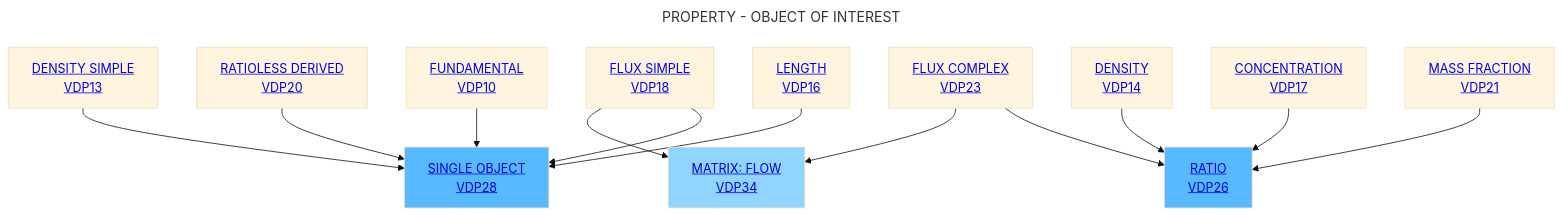
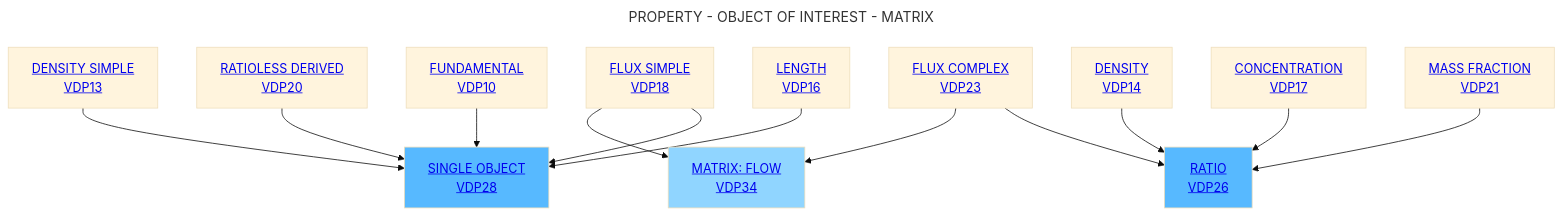
One commit to mabablue/I-ADOPT-patterns-playground changed the diagram in Decisition_trees/DT6.mmd. Above: the diagram before and after it, drawn with Mermaid (base theme).

```diff
--- a/Decisition_trees/DT6.mmd
+++ b/Decisition_trees/DT6.mmd
@@ -1,18 +1,18 @@
 ---
-title: PROPERTY - OBJECT OF INTEREST
+title: PROPERTY - OBJECT OF INTEREST - MATRIX
 ---
 flowchart TD
     A[<a href='https://github.com/mabablue/I-ADOPT-patterns-playground/blob/main/pattern/VDP16.yaml'>LENGTH <br> VDP16</a>] --> C[<a href='https://github.com/mabablue/I-ADOPT-patterns-playground/blob/main/pattern/VDP28.yaml'>SINGLE OBJECT <br> VDP28</a>]:::satblue
     B[<a href='https://github.com/mabablue/I-ADOPT-patterns-playground/blob/main/pattern/VDP10.yaml'>FUNDAMENTAL <br> VDP10</a>]  --> C
     D[<a href='https://github.com/mabablue/I-ADOPT-patterns-playground/blob/main/pattern/VDP20.yaml'>RATIOLESS DERIVED <br> VDP20</a>] --> C
     L[<a href='https://github.com/mabablue/I-ADOPT-patterns-playground/blob/main/pattern/VDP21.yaml'>MASS FRACTION <br> VDP21</a>] --> F[<a href='https://github.com/mabablue/I-ADOPT-patterns-playground/blob/main/pattern/VDP26.yaml'>RATIO <br> VDP26</a>]:::satblue
     M[<a href='https://github.com/mabablue/I-ADOPT-patterns-playground/blob/main/pattern/VDP17.yaml'>CONCENTRATION <br> VDP17</a>] --> F
     H[<a href='https://github.com/mabablue/I-ADOPT-patterns-playground/blob/main/pattern/VDP18.yaml'>FLUX SIMPLE <br> VDP18</a>] --> C
     I[<a href='https://github.com/mabablue/I-ADOPT-patterns-playground/blob/main/pattern/VDP23.yaml'>FLUX COMPLEX <br> VDP23</a>] --> F
     N[<a href='https://github.com/mabablue/I-ADOPT-patterns-playground/blob/main/pattern/VDP23.yaml'>DENSITY SIMPLE <br> VDP13</a>] --> C
     O[<a href='https://github.com/mabablue/I-ADOPT-patterns-playground/blob/main/pattern/VDP23.yaml'>DENSITY <br> VDP14</a>] --> F
     H --> K[<a href='https://github.com/mabablue/I-ADOPT-patterns-playground/blob/main/pattern/VDP34.yaml'>MATRIX: FLOW <br> VDP34</a>]:::blue
     I --> K
 
    classDef blue fill:#90D5FF
    classDef satblue fill:#57B9FF
```
